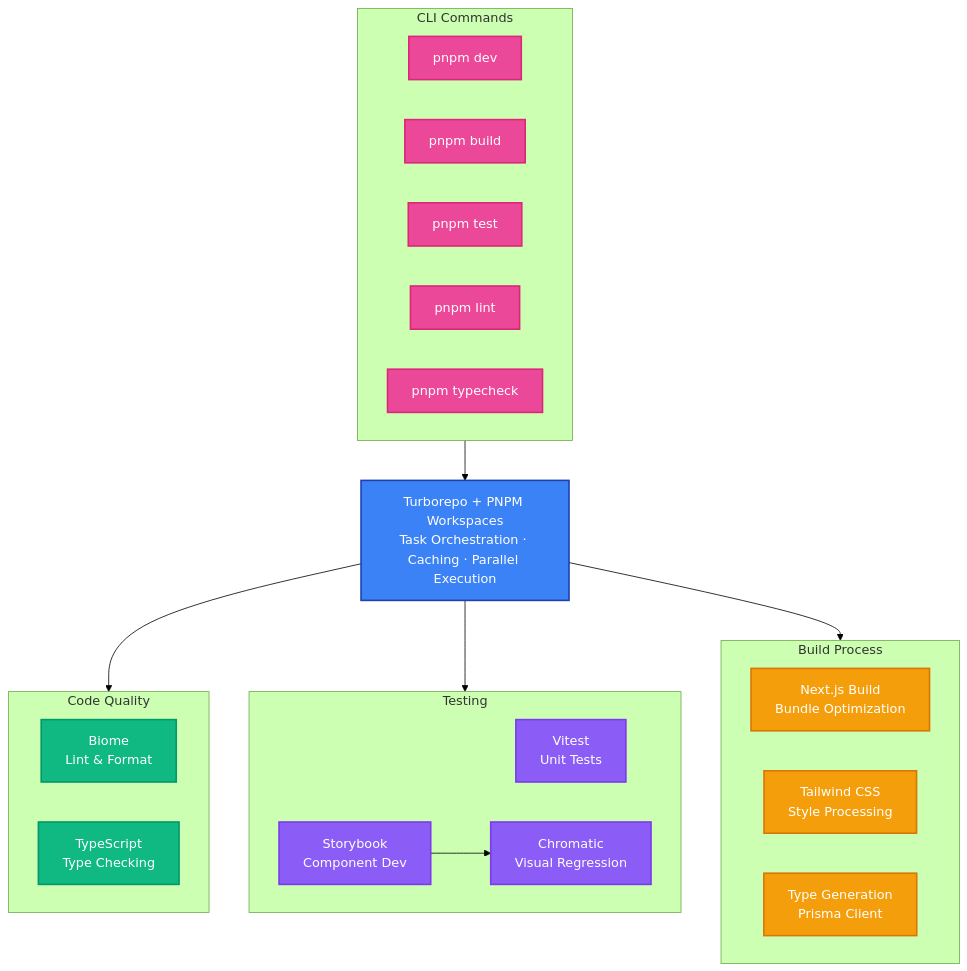
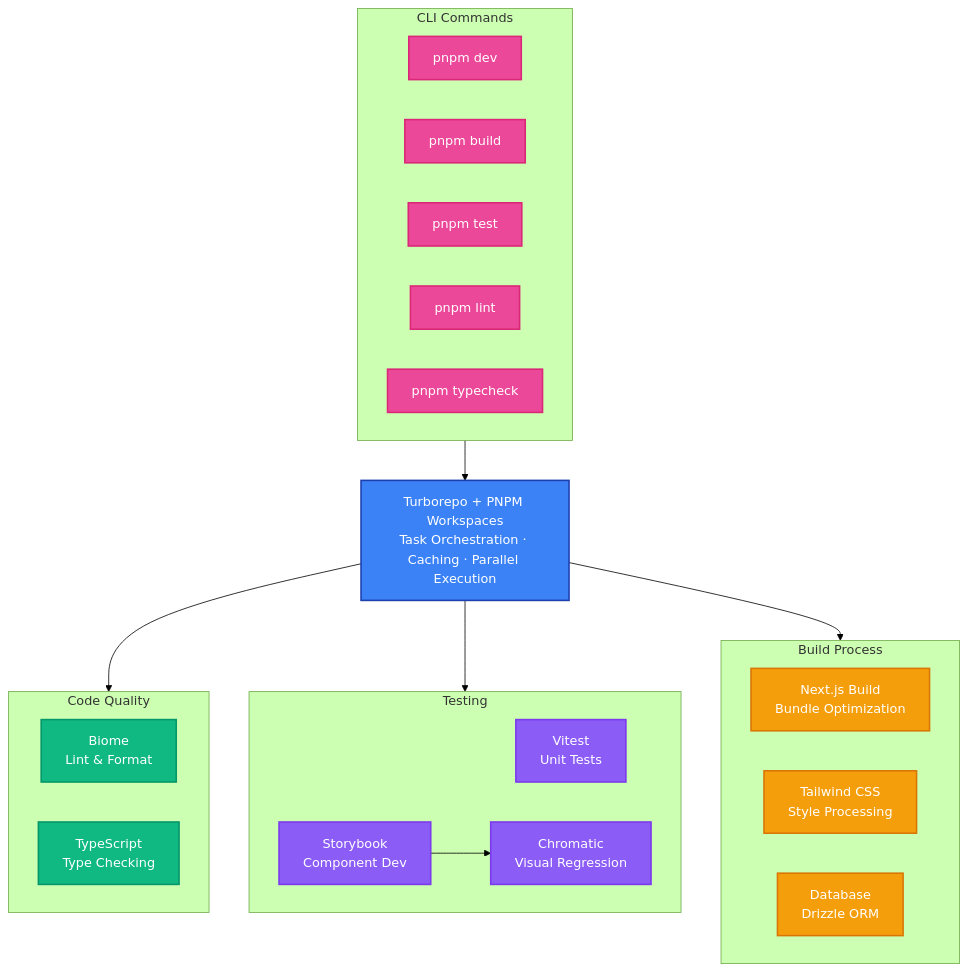
The second of 2 diagrams in README.md (k2bg-technology/k2bg-branding), drawn with Mermaid (forest theme) before and after one commit. The commit also changed other lines of this file and 2 other files, not shown here.

````diff
--- a/README.md
+++ b/README.md
@@ -118,47 +118,47 @@
 ```mermaid
 flowchart TB
     subgraph commands["CLI Commands"]
         Dev["pnpm dev"]
         Build["pnpm build"]
         Test["pnpm test"]
         Lint["pnpm lint"]
         TypeCheck["pnpm typecheck"]
     end
 
     Turbo["Turborepo + PNPM Workspaces<br/>Task Orchestration · Caching · Parallel Execution"]
 
     subgraph quality["Code Quality"]
         Biome["Biome<br/>Lint & Format"]
         TS["TypeScript<br/>Type Checking"]
     end
 
     subgraph testing["Testing"]
         Vitest["Vitest<br/>Unit Tests"]
         Storybook["Storybook<br/>Component Dev"]
         Chromatic["Chromatic<br/>Visual Regression"]
     end
 
     subgraph build["Build Process"]
         NextJS["Next.js Build<br/>Bundle Optimization"]
         Tailwind["Tailwind CSS<br/>Style Processing"]
-        TypeGen["Type Generation<br/>Prisma Client"]
+        DrizzleGen["Database<br/>Drizzle ORM"]
     end
 
     commands --> Turbo
     Turbo --> quality
     Turbo --> testing
     Turbo --> build
     Storybook --> Chromatic
 
     classDef commandStyle fill:#EC4899,stroke:#DB2777,stroke-width:2px,color:#fff
     classDef turboStyle fill:#3B82F6,stroke:#1E40AF,stroke-width:2px,color:#fff
     classDef qualityStyle fill:#10B981,stroke:#059669,stroke-width:2px,color:#fff
     classDef testStyle fill:#8B5CF6,stroke:#7C3AED,stroke-width:2px,color:#fff
     classDef buildStyle fill:#F59E0B,stroke:#D97706,stroke-width:2px,color:#fff
 
     class Dev,Build,Test,Lint,TypeCheck commandStyle
     class Turbo turboStyle
     class Biome,TS qualityStyle
     class Vitest,Storybook,Chromatic testStyle
-    class NextJS,Tailwind,TypeGen buildStyle
+    class NextJS,Tailwind,DrizzleGen buildStyle
 ```
````
